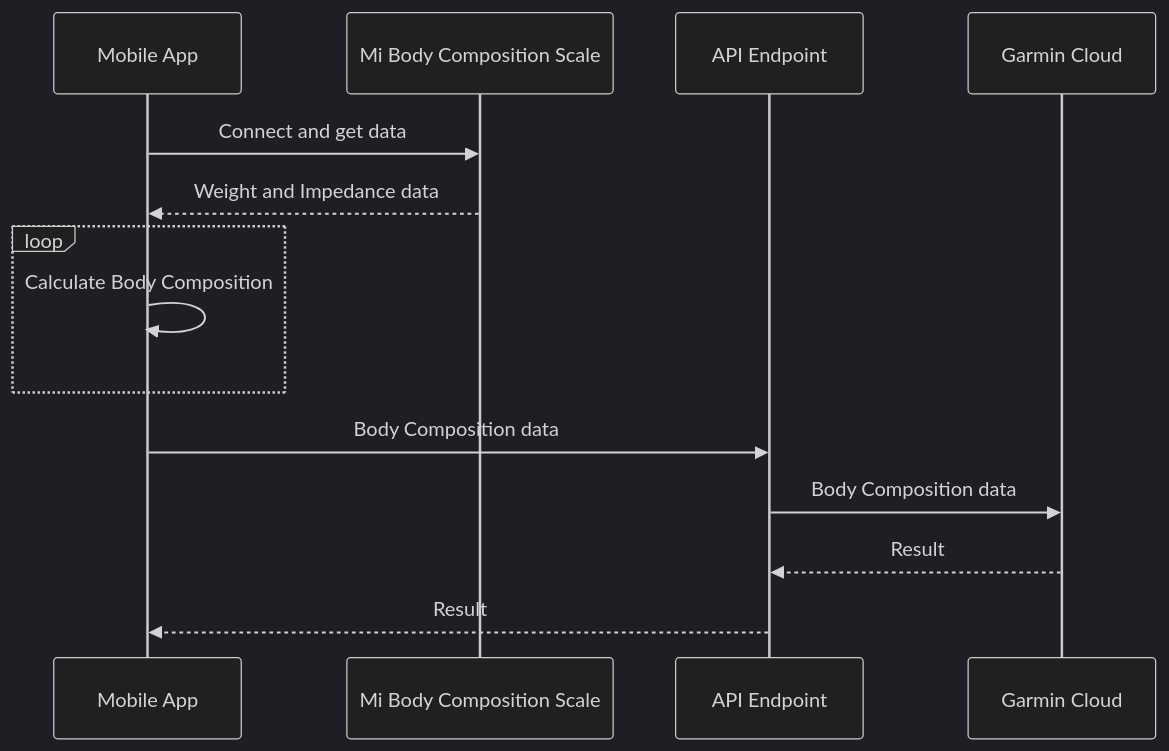
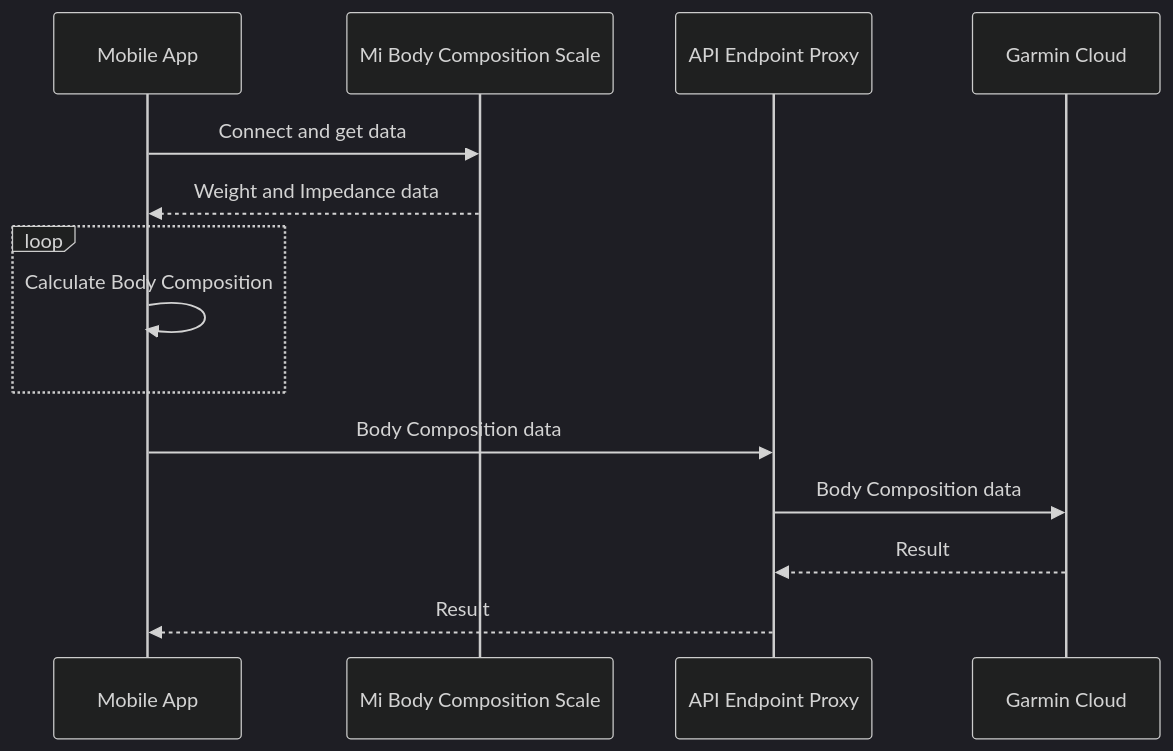
One commit to lswiderski/mi-scale-exporter changed the first of 2 diagrams in README.md. Above: the diagram before and after it, drawn with Mermaid (dark theme). The commit also changed other lines of this file and 6 other files, not shown here.

````diff
--- a/README.md
+++ b/README.md
@@ -24,17 +25,17 @@
 ```mermaid
 sequenceDiagram
     participant Mobile App
     participant Mi Body Composition Scale
-    participant API Endpoint
+    participant API Endpoint Proxy
     participant Garmin Cloud
-    Mobile App->>Mi Body Composition Scale: Connect and get data 
+    Mobile App->>Mi Body Composition Scale: Connect and get data
     Mi Body Composition Scale-->>Mobile App: Weight and Impedance data
-    loop 
+    loop
         Mobile App->>Mobile App: Calculate Body Composition
     end
-    Mobile App->>API Endpoint: Body Composition data
-    API Endpoint->>Garmin Cloud: Body Composition data
-    Garmin Cloud-->>API Endpoint: Result
-    API Endpoint-->>Mobile App: Result
+    Mobile App->>API Endpoint Proxy: Body Composition data
+    API Endpoint Proxy->>Garmin Cloud: Body Composition data
+    Garmin Cloud-->>API Endpoint Proxy: Result
+    API Endpoint Proxy-->>Mobile App: Result
 
 ```
````
